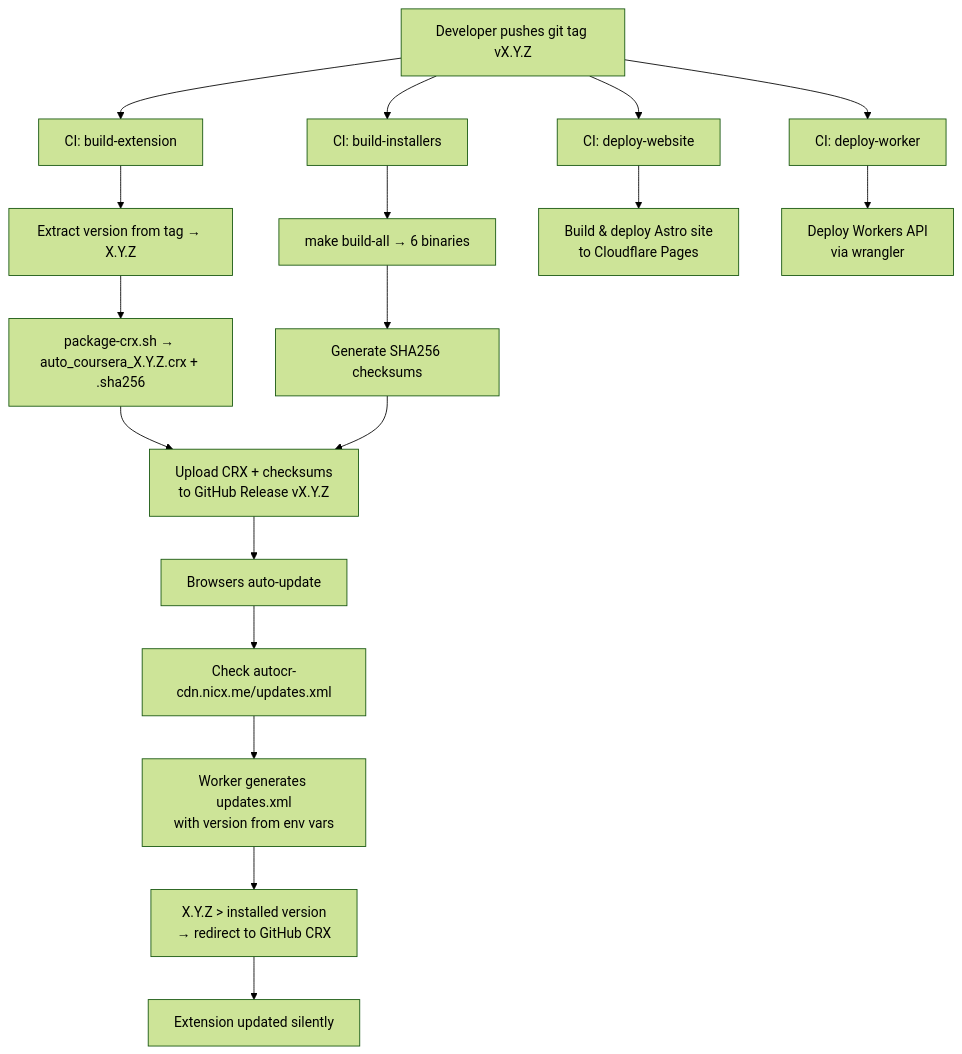
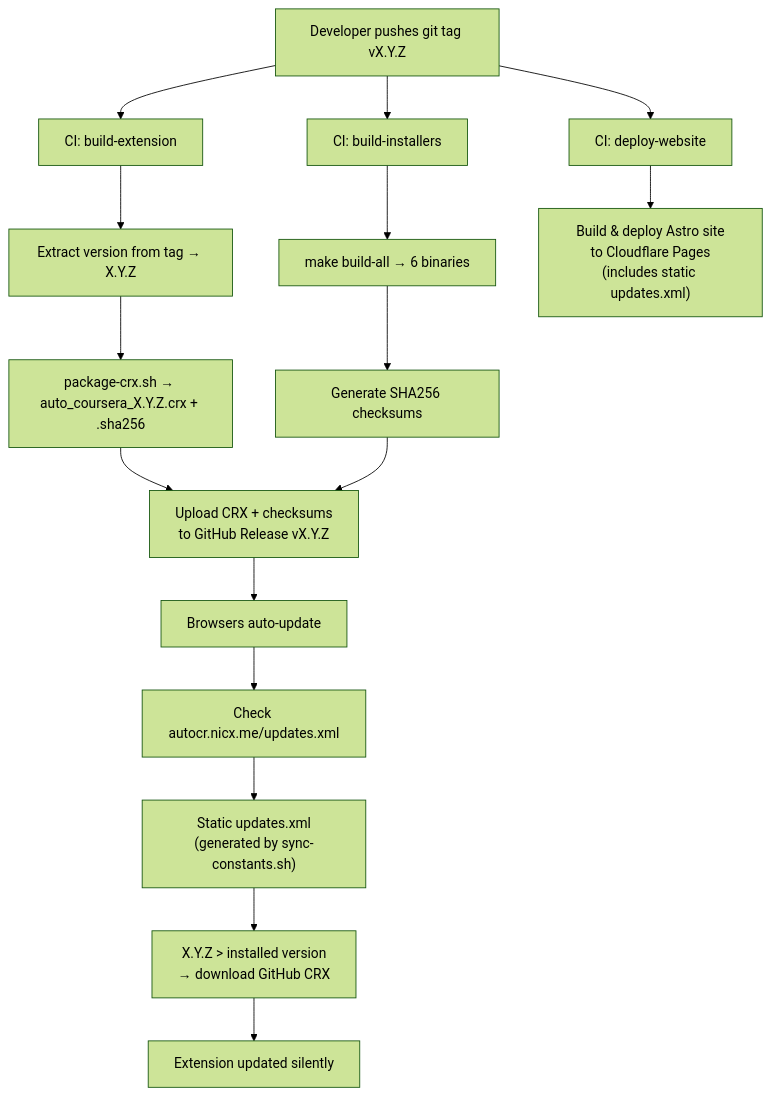
Before and after one commit to NICxKMS/auto-coursera: the third of 3 diagrams in docs/ARCHITECTURE.md, drawn with Mermaid (forest theme). The commit also changed other lines of this file and 53 other files, not shown here.

````diff
--- a/docs/ARCHITECTURE.md
+++ b/docs/ARCHITECTURE.md
@@ -331,24 +263,22 @@
 ```mermaid
 flowchart TD
     TAG["Developer pushes git tag vX.Y.Z"] --> BUILD["CI: build-extension"]
     TAG --> INST["CI: build-installers"]
     TAG --> DWEB["CI: deploy-website"]
-    TAG --> DWKR["CI: deploy-worker"]
 
     BUILD --> VER["Extract version from tag → X.Y.Z"]
     VER --> CRX["package-crx.sh → auto_coursera_X.Y.Z.crx + .sha256"]
     CRX --> GHREL["Upload CRX + checksums\nto GitHub Release vX.Y.Z"]
 
     INST --> MAKE["make build-all → 6 binaries"]
     MAKE --> SHA["Generate SHA256 checksums"]
     SHA --> GHREL
 
-    DWEB --> PAGES["Build & deploy Astro site\nto Cloudflare Pages"]
-    DWKR --> WORKERS["Deploy Workers API\nvia wrangler"]
+    DWEB --> PAGES["Build & deploy Astro site\nto Cloudflare Pages\n(includes static updates.xml)"]
 
     GHREL --> AUTO["Browsers auto-update"]
-    AUTO --> CHECK["Check autocr-cdn.nicx.me/updates.xml"]
-    CHECK --> XML["Worker generates updates.xml\nwith version from env vars"]
-    XML --> NEWER["X.Y.Z > installed version\n→ redirect to GitHub CRX"]
+    AUTO --> CHECK["Check autocr.nicx.me/updates.xml"]
+    CHECK --> XML["Static updates.xml\n(generated by sync-constants.sh)"]
+    XML --> NEWER["X.Y.Z > installed version\n→ download GitHub CRX"]
     NEWER --> UPDATED["Extension updated silently"]
 ```
````
